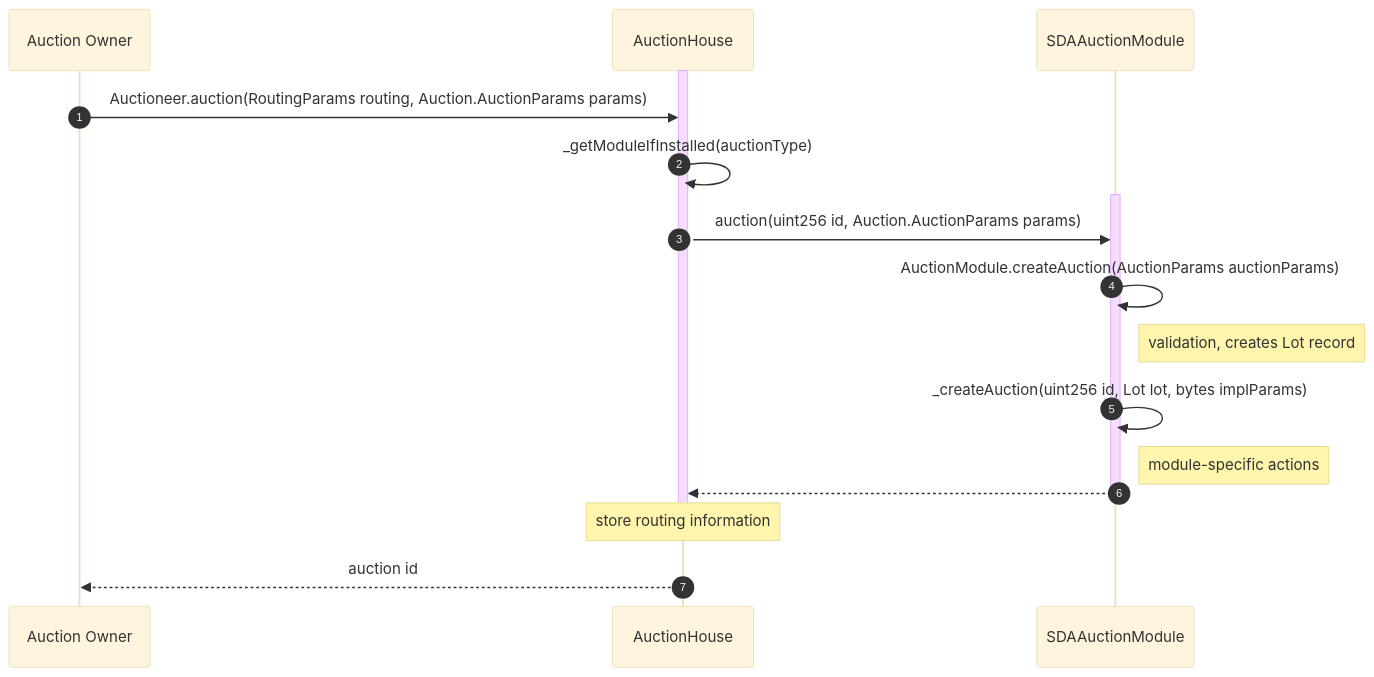
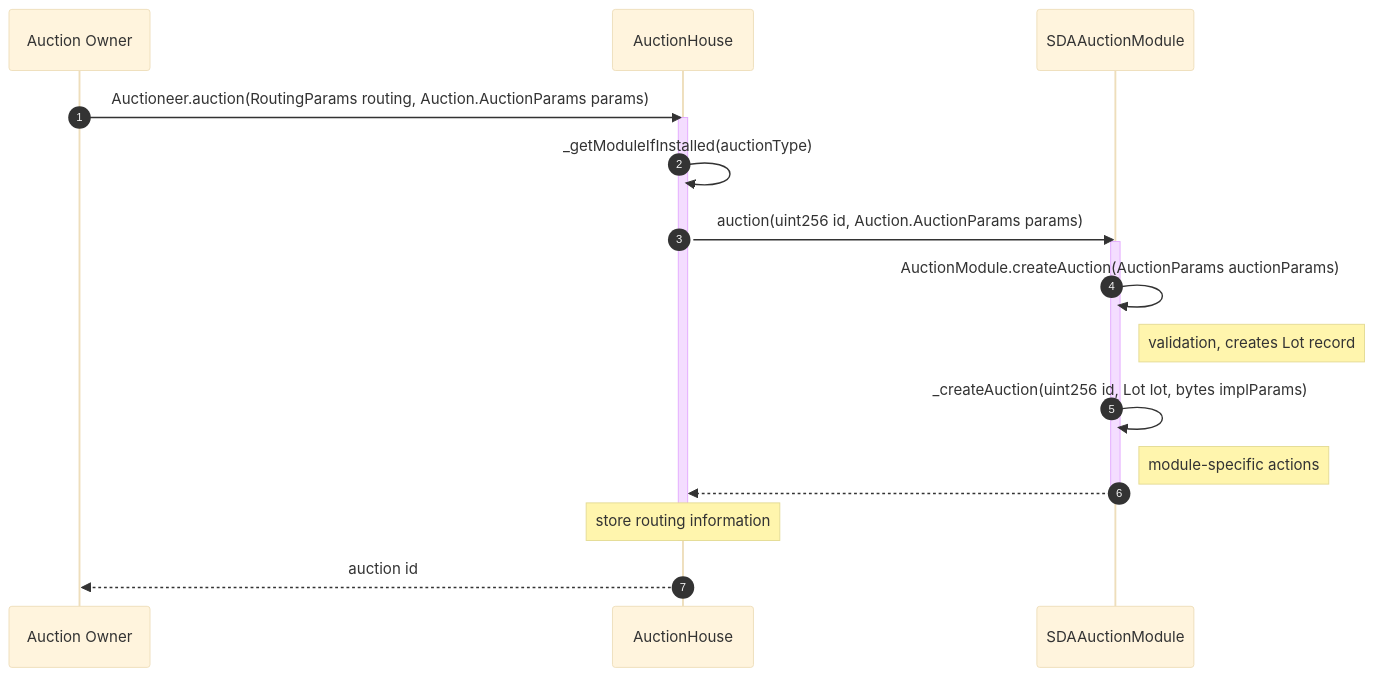
The second of 3 diagrams in ARCHITECTURE.md (Axis-Fi/axis-core), drawn with Mermaid (base theme) before and after one commit. The commit also changed other lines of this file, not shown here.

````diff
--- a/ARCHITECTURE.md
+++ b/ARCHITECTURE.md
@@ -196,28 +196,26 @@
 ```mermaid
 sequenceDiagram
   autoNumber
   participant Auction Owner
   participant AuctionHouse
   participant SDAAuctionModule
 
+  Auction Owner->>AuctionHouse: Auctioneer.auction(RoutingParams routing, Auction.AuctionParams params)
   activate AuctionHouse
-    Auction Owner->>AuctionHouse: Auctioneer.auction(RoutingParams routing, Auction.AuctionParams params)
-
     AuctionHouse->>AuctionHouse: _getModuleIfInstalled(auctionType)
 
+    AuctionHouse->>SDAAuctionModule: auction(uint256 id, Auction.AuctionParams params)
     activate SDAAuctionModule
-      AuctionHouse->>SDAAuctionModule: auction(uint256 id, Auction.AuctionParams params)
-
       SDAAuctionModule->>SDAAuctionModule: AuctionModule.createAuction(AuctionParams auctionParams)
       Note right of SDAAuctionModule: validation, creates Lot record
       SDAAuctionModule->>SDAAuctionModule: _createAuction(uint256 id, Lot lot, bytes implParams)
       Note right of SDAAuctionModule: module-specific actions
 
       SDAAuctionModule-->>AuctionHouse: 
     deactivate SDAAuctionModule
 
     Note over AuctionHouse: store routing information
   deactivate AuctionHouse
 
   AuctionHouse-->>Auction Owner: auction id
 ```
````
